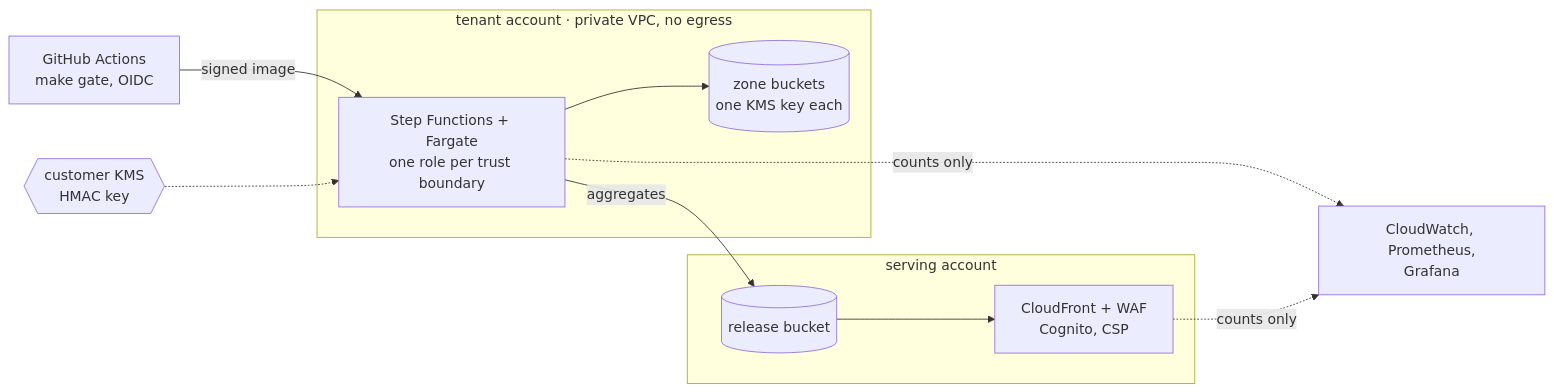
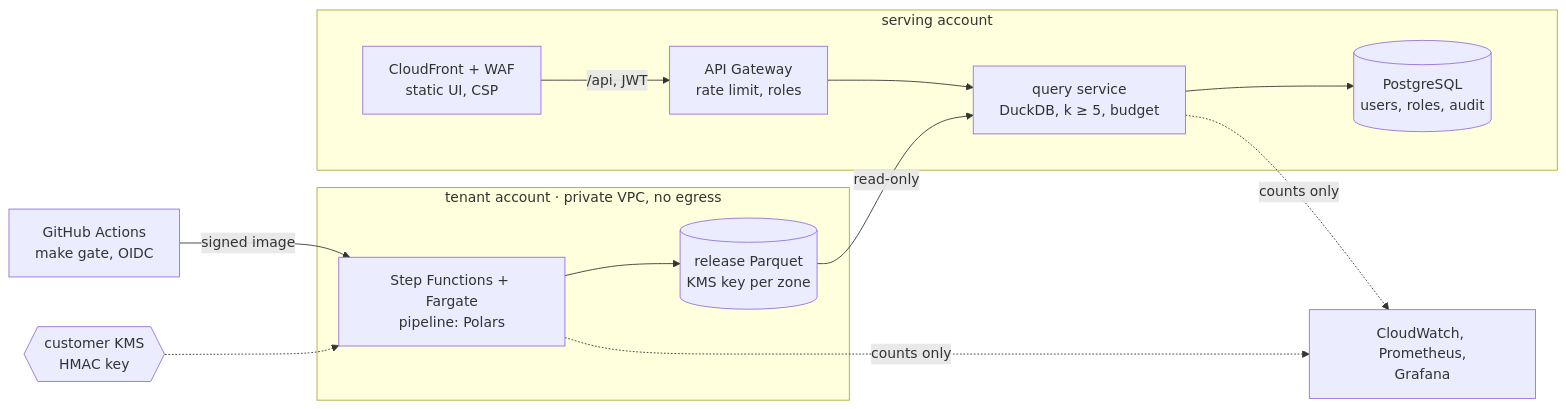
Before and after one commit to marcusvieira88/network-science: the third of 3 diagrams in README.md, drawn with Mermaid. The commit also changed other lines of this file, not shown here.

Commit message:
Docs: next steps as an ordered roadmap - API, security, load and pen tests, then AWS

````diff
--- a/README.md
+++ b/README.md
@@ -156,14 +168,15 @@
 ```mermaid
 flowchart LR
     CI["GitHub Actions<br/>make gate, OIDC"] -->|signed image| SFN
     KMS{{"customer KMS<br/>HMAC key"}} -.-> SFN
     subgraph W["tenant account · private VPC, no egress"]
-        SFN["Step Functions + Fargate<br/>one role per trust boundary"] --> S3[("zone buckets<br/>one KMS key each")]
+        SFN["Step Functions + Fargate<br/>pipeline: Polars"] --> REL[("release Parquet<br/>KMS key per zone")]
     end
     subgraph SV["serving account"]
-        REL[("release bucket")] --> CF["CloudFront + WAF<br/>Cognito, CSP"]
+        CF["CloudFront + WAF<br/>static UI, CSP"] -->|"/api, JWT"| API["API Gateway<br/>rate limit, roles"] --> Q["query service<br/>DuckDB, k ≥ 5, budget"]
+        Q --> PG[("PostgreSQL<br/>users, roles, audit")]
     end
+    REL -->|read-only| Q
     OBS["CloudWatch, Prometheus,<br/>Grafana"]
-    SFN -->|aggregates| REL
-    SFN & CF -.->|counts only| OBS
+    SFN & Q -.->|counts only| OBS
 ```
````
